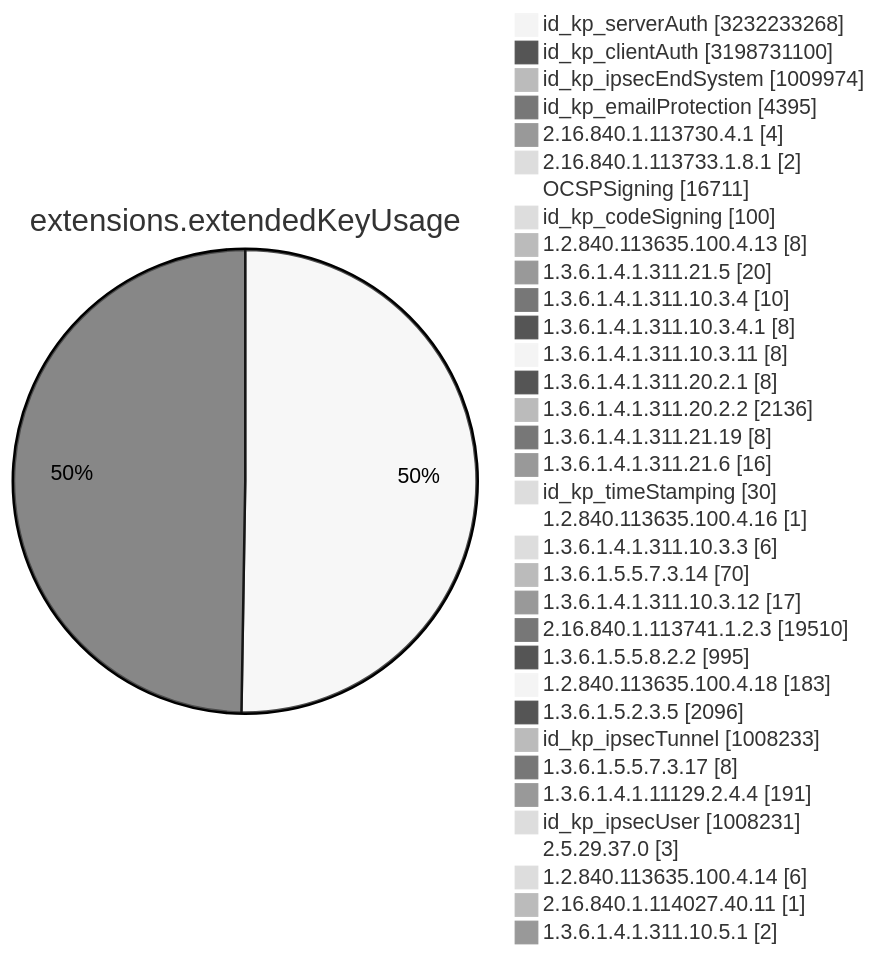
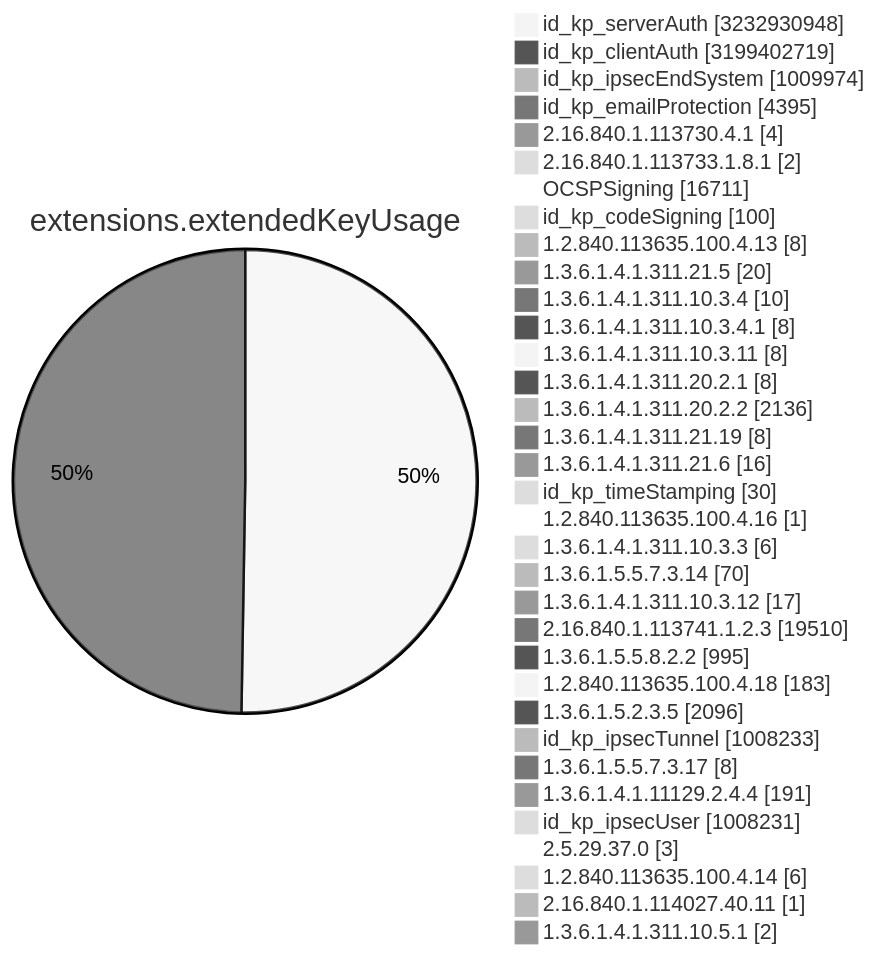
Diagram 11 of 15 in TOTAL/README.md (christiankrug/ctmonitor_visualization), drawn with Mermaid (neutral theme) before and after one commit. The commit also changed other lines of this file, not shown here.

````diff
--- a/TOTAL/README.md
+++ b/TOTAL/README.md
@@ -4119,38 +4119,38 @@
 ```mermaid
 pie showData
 title extensions.extendedKeyUsage
-"id_kp_serverAuth" :3232233268
-"id_kp_clientAuth" :3198731100
+"id_kp_serverAuth" :3232930948
+"id_kp_clientAuth" :3199402719
 "id_kp_ipsecEndSystem" :1009974
 "id_kp_emailProtection" :4395
 "2.16.840.1.113730.4.1" :4
 "2.16.840.1.113733.1.8.1" :2
 "OCSPSigning" :16711
 "id_kp_codeSigning" :100
 "1.2.840.113635.100.4.13" :8
 "1.3.6.1.4.1.311.21.5" :20
 "1.3.6.1.4.1.311.10.3.4" :10
 "1.3.6.1.4.1.311.10.3.4.1" :8
 "1.3.6.1.4.1.311.10.3.11" :8
 "1.3.6.1.4.1.311.20.2.1" :8
 "1.3.6.1.4.1.311.20.2.2" :2136
 "1.3.6.1.4.1.311.21.19" :8
 "1.3.6.1.4.1.311.21.6" :16
 "id_kp_timeStamping" :30
 "1.2.840.113635.100.4.16" :1
 "1.3.6.1.4.1.311.10.3.3" :6
 "1.3.6.1.5.5.7.3.14" :70
 "1.3.6.1.4.1.311.10.3.12" :17
 "2.16.840.1.113741.1.2.3" :19510
 "1.3.6.1.5.5.8.2.2" :995
 "1.2.840.113635.100.4.18" :183
 "1.3.6.1.5.2.3.5" :2096
 "id_kp_ipsecTunnel" :1008233
 "1.3.6.1.5.5.7.3.17" :8
 "1.3.6.1.4.1.11129.2.4.4" :191
 "id_kp_ipsecUser" :1008231
 "2.5.29.37.0" :3
 "1.2.840.113635.100.4.14" :6
 "2.16.840.1.114027.40.11" :1
 "1.3.6.1.4.1.311.10.5.1" :2
 ```
````
